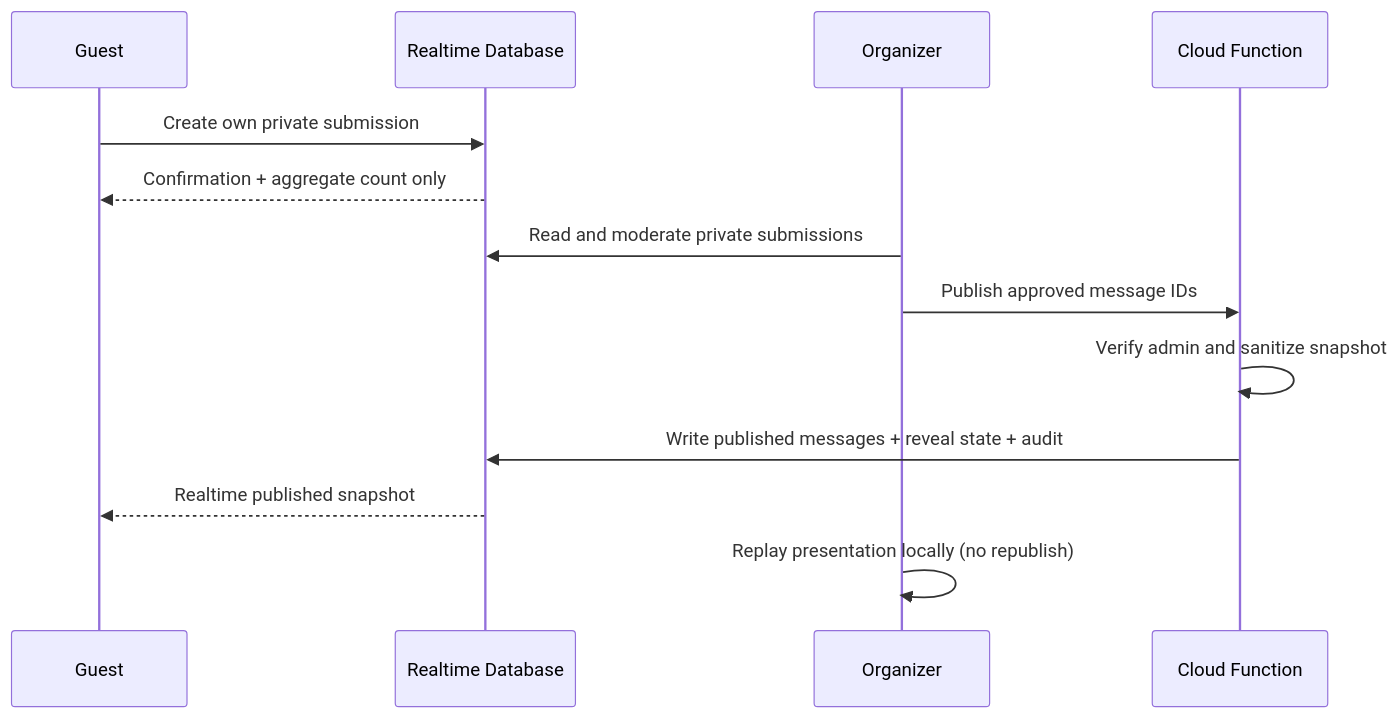
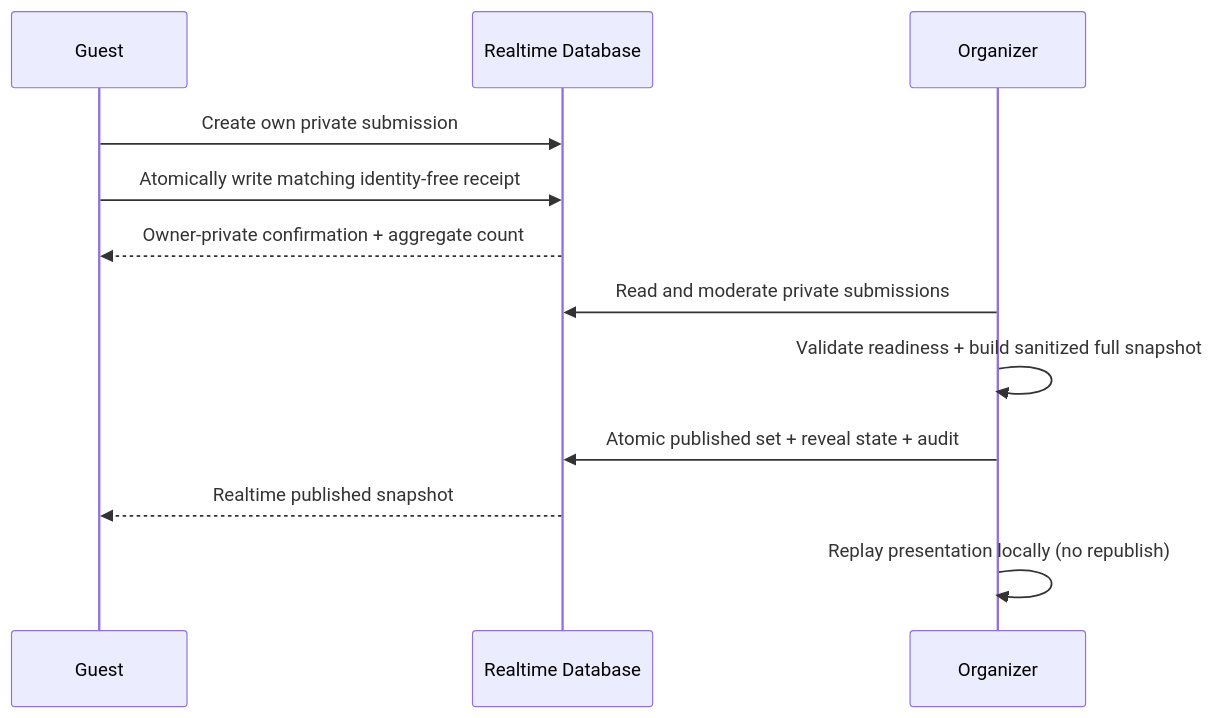
The second of 2 diagrams in docs/product-spec.md (so-mb/games-and-castles), drawn with Mermaid before and after one commit. The commit also changed other lines of this file and 31 other files, not shown here.

````diff
--- a/docs/product-spec.md
+++ b/docs/product-spec.md
@@ -115,15 +115,14 @@
 ```mermaid
 sequenceDiagram
     participant G as Guest
     participant DB as Realtime Database
     participant O as Organizer
-    participant CF as Cloud Function
     G->>DB: Create own private submission
-    DB-->>G: Confirmation + aggregate count only
+    G->>DB: Atomically write matching identity-free receipt
+    DB-->>G: Owner-private confirmation + aggregate count
     O->>DB: Read and moderate private submissions
-    O->>CF: Publish approved message IDs
-    CF->>CF: Verify admin and sanitize snapshot
-    CF->>DB: Write published messages + reveal state + audit
+    O->>O: Validate readiness + build sanitized full snapshot
+    O->>DB: Atomic published set + reveal state + audit
     DB-->>G: Realtime published snapshot
     O->>O: Replay presentation locally (no republish)
 ```
````
